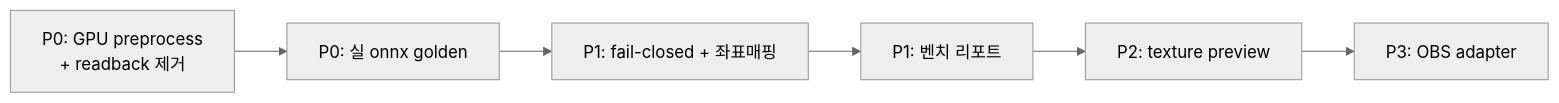
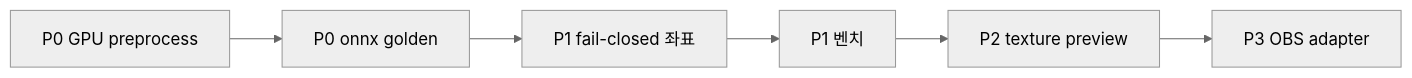
Before and after one commit to NAMUORI00/display-share: the third of 4 diagrams in 개선점.md, drawn with Mermaid (neutral theme). The commit also changed other lines of this file and 25 other files, not shown here.

First line of the commit message:
docs(wiki): complete pages for current privacy/DXGI architecture

````diff
--- a/개선점.md
+++ b/개선점.md
@@ -114,8 +97,8 @@
 ```mermaid
 flowchart LR
-  P0A["P0: GPU preprocess<br/>+ readback 제거"] --> P0B["P0: 실 onnx golden"]
-  P0B --> P1A["P1: fail-closed + 좌표매핑"]
-  P1A --> P1B["P1: 벤치 리포트"]
-  P1B --> P2A["P2: texture preview"]
-  P2A --> P3A["P3: OBS adapter"]
+  P0A[P0 GPU preprocess] --> P0B[P0 onnx golden]
+  P0B --> P1A[P1 fail-closed 좌표]
+  P1A --> P1B[P1 벤치]
+  P1B --> P2[P2 texture preview]
+  P2 --> P3[P3 OBS adapter]
 ```
````
